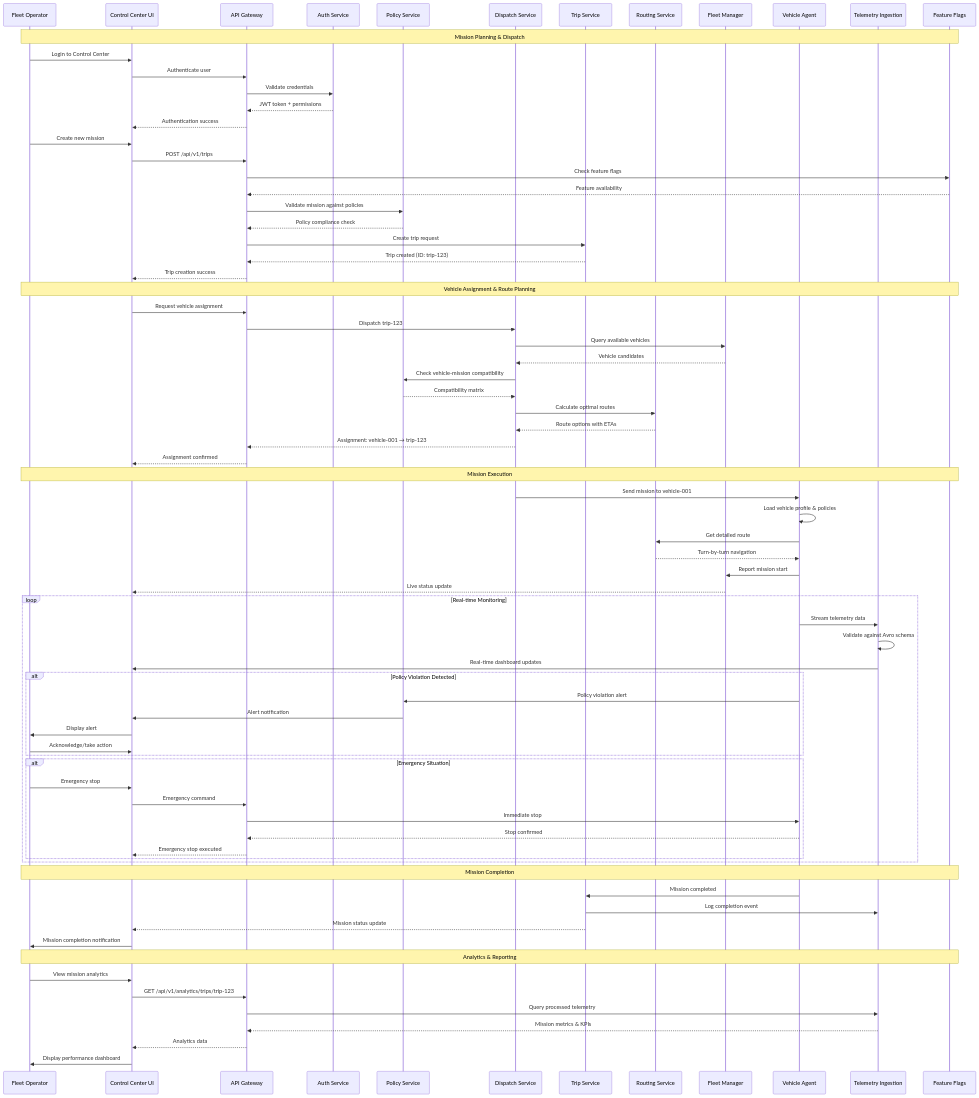
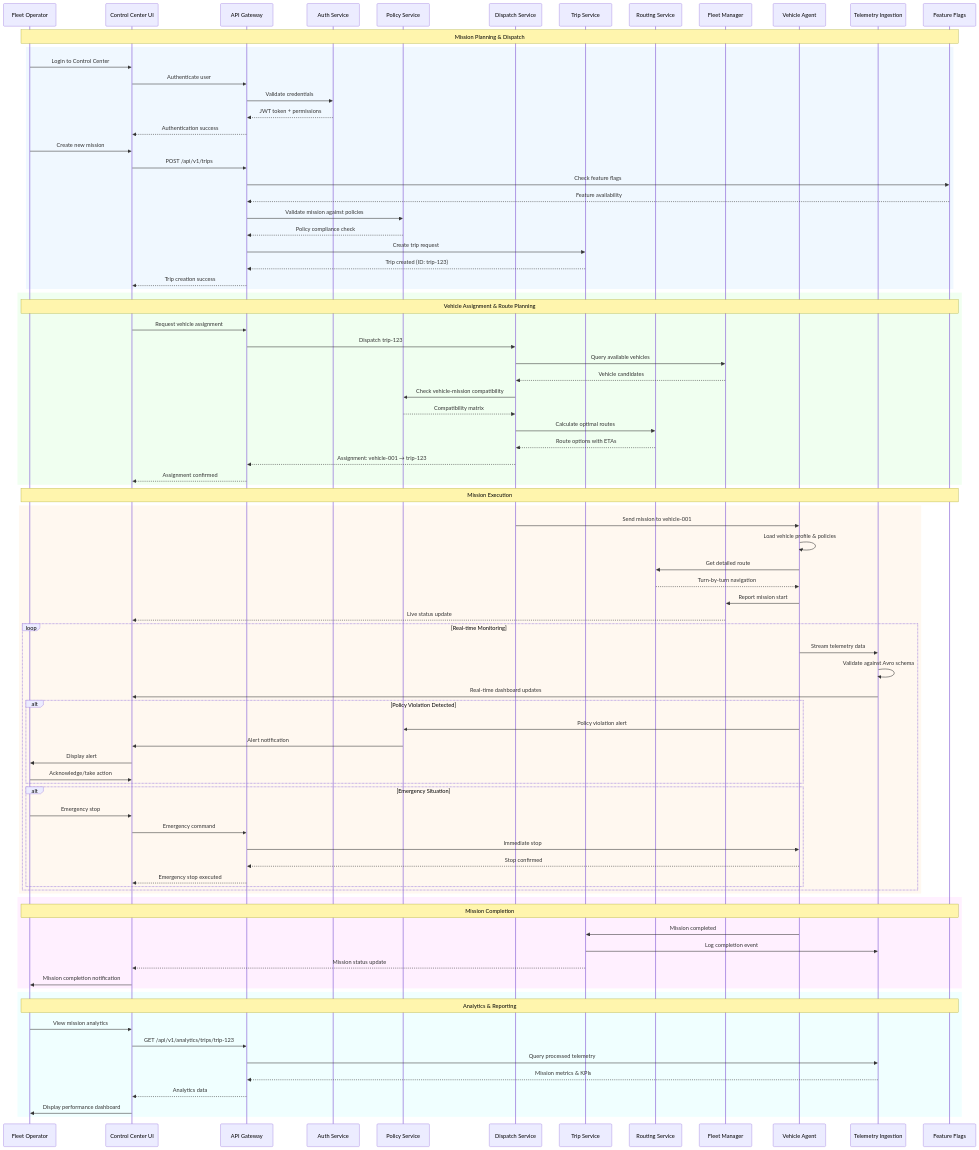
The second of 5 diagrams in README.md (suprachakra/AtlasMesh-Fleet-OS), drawn with Mermaid before and after one commit.

````diff
--- a/README.md
+++ b/README.md
@@ -133,6 +133,7 @@
     participant FF as Feature Flags
     
     Note over U,FF: Mission Planning & Dispatch
+    rect rgb(240, 248, 255)
     U->>CC: Login to Control Center
     CC->>AG: Authenticate user
     AG->>AS: Validate credentials
@@ -148,8 +149,10 @@
     AG->>TS: Create trip request
     TS-->>AG: Trip created (ID: trip-123)
     AG-->>CC: Trip creation success
-    
+    end
+        rect rgb(240, 255, 240)
     Note over U,FF: Vehicle Assignment & Route Planning
+
     CC->>AG: Request vehicle assignment
     AG->>DS: Dispatch trip-123
     DS->>FM: Query available vehicles
@@ -160,8 +163,10 @@
     RS-->>DS: Route options with ETAs
     DS-->>AG: Assignment: vehicle-001 → trip-123
     AG-->>CC: Assignment confirmed
+    end
     
     Note over U,FF: Mission Execution
+       rect rgb(255, 248, 240)
     DS->>VA: Send mission to vehicle-001
     VA->>VA: Load vehicle profile & policies
     VA->>RS: Get detailed route
@@ -189,18 +194,23 @@
             AG-->>CC: Emergency stop executed
         end
     end
-    
+    end
+            rect rgb(255, 240, 255)
     Note over U,FF: Mission Completion
+
     VA->>TS: Mission completed
     TS->>TI: Log completion event
     TS-->>CC: Mission status update
     CC->>U: Mission completion notification
-    
+    end
+     rect rgb(240, 255, 255)
     Note over U,FF: Analytics & Reporting
+       
     U->>CC: View mission analytics
     CC->>AG: GET /api/v1/analytics/trips/trip-123
     AG->>TI: Query processed telemetry
     TI-->>AG: Mission metrics & KPIs
     AG-->>CC: Analytics data
     CC->>U: Display performance dashboard
+    end
 ```
````
